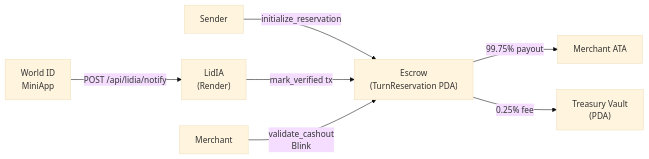
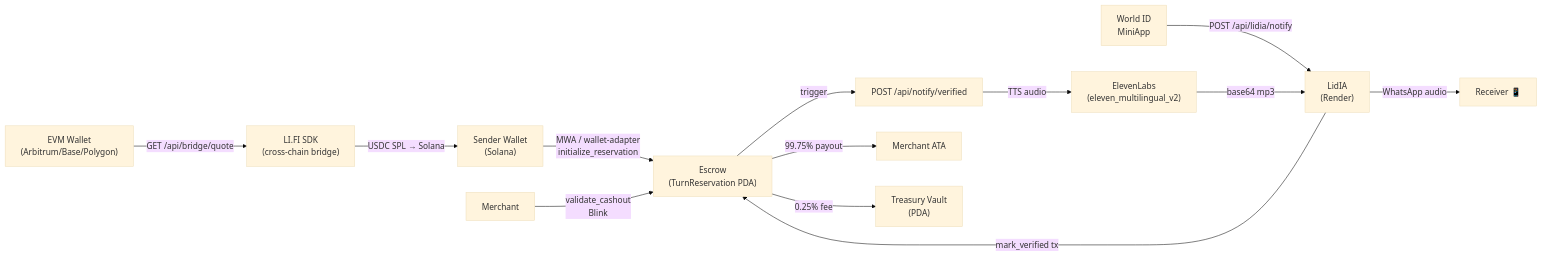
Before and after one commit to Edgadafi/remesa-liquidez: the diagram in README.md, drawn with Mermaid (base theme). The commit also changed other lines of this file, not shown here.

Commit message:
docs: update README with LI.FI, ElevenLabs TTS, and MWA integration

````diff
--- a/README.md
+++ b/README.md
@@ -21,9 +21,15 @@
 ```mermaid
 flowchart LR
-  Sender -->|"initialize_reservation"| Escrow["Escrow\n(TurnReservation PDA)"]
+  EVM["EVM Wallet\n(Arbitrum/Base/Polygon)"] -->|"GET /api/bridge/quote"| LIFI["LI.FI SDK\n(cross-chain bridge)"]
+  LIFI -->|"USDC SPL → Solana"| SenderWallet["Sender Wallet\n(Solana)"]
+  SenderWallet -->|"MWA / wallet-adapter\ninitialize_reservation"| Escrow["Escrow\n(TurnReservation PDA)"]
   WorldID["World ID\nMiniApp"] -->|"POST /api/lidia/notify"| Render["LidIA\n(Render)"]
   Render -->|"mark_verified tx"| Escrow
+  Escrow -->|"trigger"| NotifyAPI["POST /api/notify/verified"]
+  NotifyAPI -->|"TTS audio"| ElevenLabs["ElevenLabs\n(eleven_multilingual_v2)"]
+  ElevenLabs -->|"base64 mp3"| Render
+  Render -->|"WhatsApp audio"| Receiver["Receiver 📱"]
   Merchant -->|"validate_cashout\nBlink"| Escrow
   Escrow -->|"99.75% payout"| MerchantATA["Merchant ATA"]
   Escrow -->|"0.25% fee"| Treasury["Treasury Vault\n(PDA)"]
 ```
````
